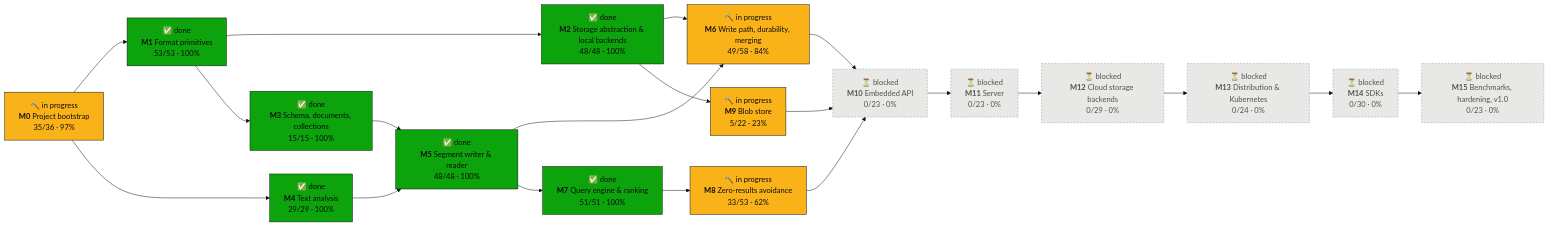
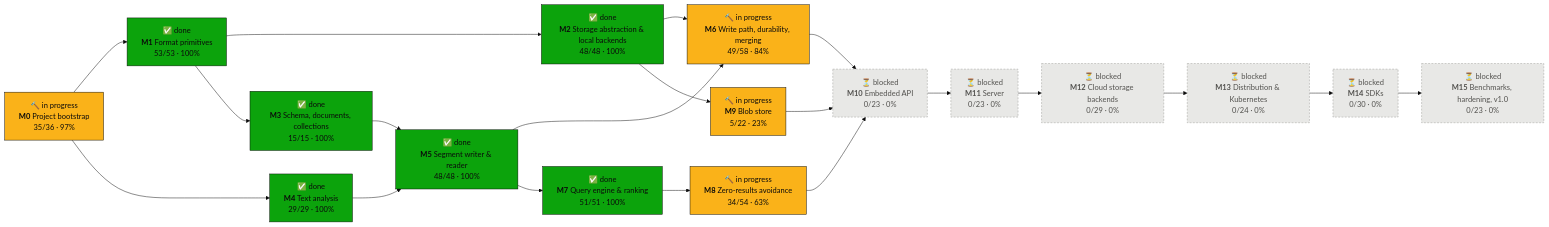
One commit to tomiok/persiaDB changed the first of 2 diagrams in PROGRESS.md. Above: the diagram before and after it, drawn with Mermaid (base theme). The commit also changed other lines of this file and 7 other files, not shown here.

````diff
--- a/PROGRESS.md
+++ b/PROGRESS.md
@@ -16,42 +16,42 @@
 ```mermaid
 flowchart LR
   M0["🔨 in progress<br/><b>M0</b> Project bootstrap<br/>35/36 · 97%"]:::doing
   M1["✅ done<br/><b>M1</b> Format primitives<br/>53/53 · 100%"]:::done
   M2["✅ done<br/><b>M2</b> Storage abstraction & local backends<br/>48/48 · 100%"]:::done
   M3["✅ done<br/><b>M3</b> Schema, documents, collections<br/>15/15 · 100%"]:::done
   M4["✅ done<br/><b>M4</b> Text analysis<br/>29/29 · 100%"]:::done
   M5["✅ done<br/><b>M5</b> Segment writer & reader<br/>48/48 · 100%"]:::done
   M6["🔨 in progress<br/><b>M6</b> Write path, durability, merging<br/>49/58 · 84%"]:::doing
   M7["✅ done<br/><b>M7</b> Query engine & ranking<br/>51/51 · 100%"]:::done
-  M8["🔨 in progress<br/><b>M8</b> Zero-results avoidance<br/>33/53 · 62%"]:::doing
+  M8["🔨 in progress<br/><b>M8</b> Zero-results avoidance<br/>34/54 · 63%"]:::doing
   M9["🔨 in progress<br/><b>M9</b> Blob store<br/>5/22 · 23%"]:::doing
   M10["⏳ blocked<br/><b>M10</b> Embedded API<br/>0/23 · 0%"]:::blocked
   M11["⏳ blocked<br/><b>M11</b> Server<br/>0/23 · 0%"]:::blocked
   M12["⏳ blocked<br/><b>M12</b> Cloud storage backends<br/>0/29 · 0%"]:::blocked
   M13["⏳ blocked<br/><b>M13</b> Distribution & Kubernetes<br/>0/24 · 0%"]:::blocked
   M14["⏳ blocked<br/><b>M14</b> SDKs<br/>0/30 · 0%"]:::blocked
   M15["⏳ blocked<br/><b>M15</b> Benchmarks, hardening, v1.0<br/>0/23 · 0%"]:::blocked
   M0 --> M1
   M1 --> M2
   M1 --> M3
   M0 --> M4
   M3 --> M5
   M4 --> M5
   M2 --> M6
   M5 --> M6
   M5 --> M7
   M7 --> M8
   M2 --> M9
   M6 --> M10
   M8 --> M10
   M9 --> M10
   M10 --> M11
   M11 --> M12
   M12 --> M13
   M13 --> M14
   M14 --> M15
   classDef done fill:#0ca30c,stroke:#0b0b0b,color:#0b0b0b
   classDef doing fill:#fab219,stroke:#0b0b0b,color:#0b0b0b
   classDef ready fill:#fcfcfb,stroke:#0b0b0b,stroke-width:2px,color:#0b0b0b
   classDef blocked fill:#e8e8e6,stroke:#9a9a96,stroke-dasharray:4 3,color:#52514e
 ```
````
